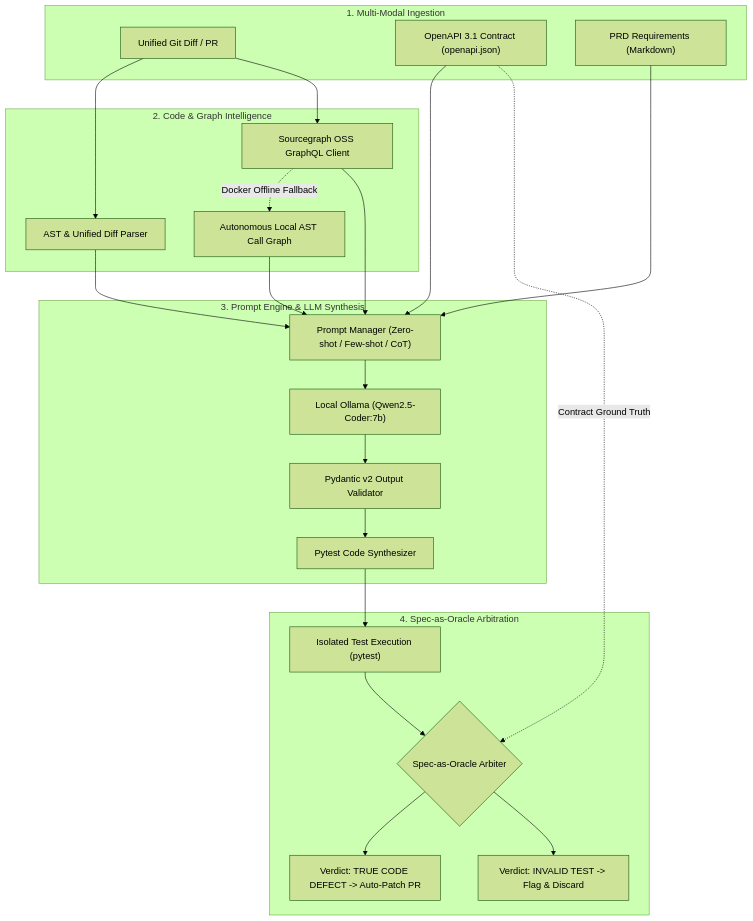
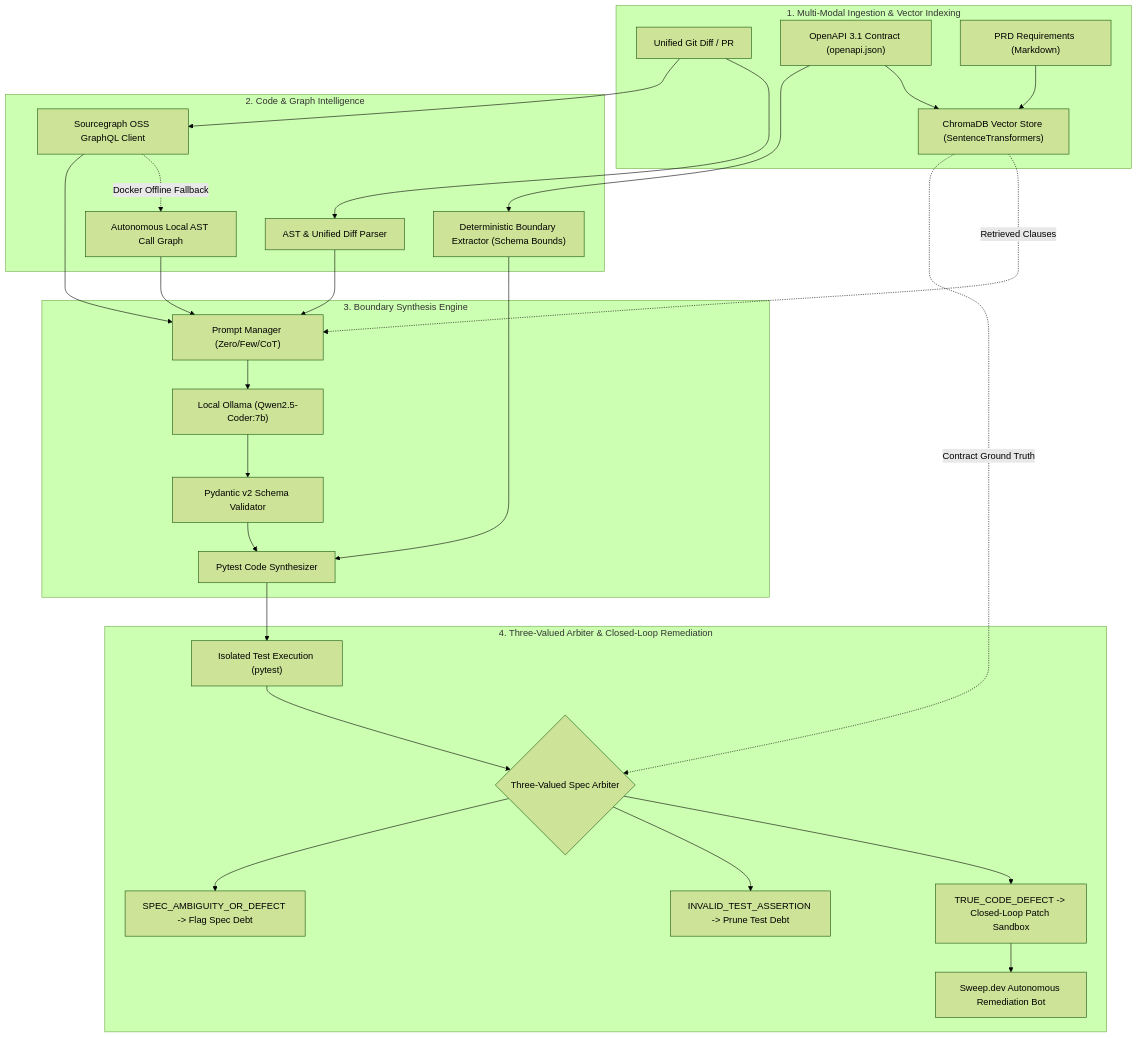
Before and after one commit to sourabhJain121/TestPilot: the diagram in README.md, drawn with Mermaid (forest theme). The commit also changed other lines of this file and 14 other files, not shown here.

Commit message:
feat(phase1): complete AST parsing, Sourcegraph call graph, and deterministic schema boundary generation

````diff
--- a/README.md
+++ b/README.md
@@ -60,48 +61,57 @@
 ```mermaid
 graph TD
-    subgraph Ingestion ["1. Multi-Modal Ingestion"]
+    subgraph Ingestion ["1. Multi-Modal Ingestion & Vector Indexing"]
         Diff["Unified Git Diff / PR"]
         Spec["OpenAPI 3.1 Contract (openapi.json)"]
         PRD["PRD Requirements (Markdown)"]
+        Chroma["ChromaDB Vector Store (SentenceTransformers)"]
+        Spec --> Chroma
+        PRD --> Chroma
     end
 
     subgraph Intelligence ["2. Code & Graph Intelligence"]
         AST["AST & Unified Diff Parser"]
         SG["Sourcegraph OSS GraphQL Client"]
         Fallback["Autonomous Local AST Call Graph"]
+        DetEngine["Deterministic Boundary Extractor (Schema Bounds)"]
     end
 
-    subgraph PromptEngine ["3. Prompt Engine & LLM Synthesis"]
-        PromptMgr["Prompt Manager (Zero-shot / Few-shot / CoT)"]
+    subgraph PromptEngine ["3. Boundary Synthesis Engine"]
+        PromptMgr["Prompt Manager (Zero/Few/CoT)"]
         Ollama["Local Ollama (Qwen2.5-Coder:7b)"]
-        Validator["Pydantic v2 Output Validator"]
+        Validator["Pydantic v2 Schema Validator"]
         Synth["Pytest Code Synthesizer"]
     end
 
-    subgraph Oracle ["4. Spec-as-Oracle Arbitration"]
+    subgraph Oracle ["4. Three-Valued Arbiter & Closed-Loop Remediation"]
         Runner["Isolated Test Execution (pytest)"]
-        Arbiter{"Spec-as-Oracle Arbiter"}
-        Bug["Verdict: TRUE CODE DEFECT -> Auto-Patch PR"]
-        Debt["Verdict: INVALID TEST -> Flag & Discard"]
+        Arbiter{"Three-Valued Spec Arbiter"}
+        Bug["TRUE_CODE_DEFECT -> Closed-Loop Patch Sandbox"]
+        Debt["INVALID_TEST_ASSERTION -> Prune Test Debt"]
+        Ambiguity["SPEC_AMBIGUITY_OR_DEFECT -> Flag Spec Debt"]
+        PatchBot["Sweep.dev Autonomous Remediation Bot"]
     end
 
     Diff --> AST
     Diff --> SG
     SG -.->|Docker Offline Fallback| Fallback
-    Spec --> PromptMgr
-    PRD --> PromptMgr
+    Spec --> DetEngine
+    DetEngine --> Synth
 
     AST --> PromptMgr
     SG --> PromptMgr
     Fallback --> PromptMgr
+    Chroma -.->|Retrieved Clauses| PromptMgr
 
     PromptMgr --> Ollama
     Ollama --> Validator
     Validator --> Synth
     Synth --> Runner
 
     Runner --> Arbiter
-    Spec -.->|Contract Ground Truth| Arbiter
+    Chroma -.->|Contract Ground Truth| Arbiter
     Arbiter --> Bug
     Arbiter --> Debt
+    Arbiter --> Ambiguity
+    Bug --> PatchBot
 ```
````
